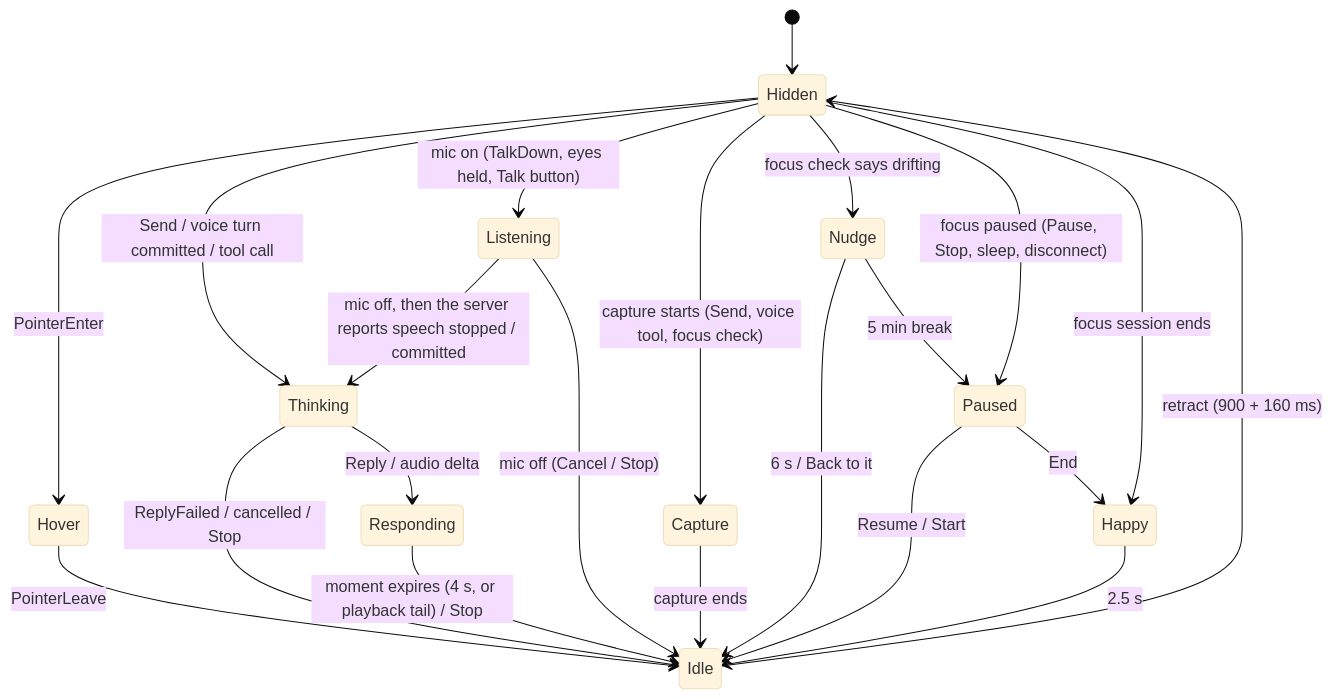
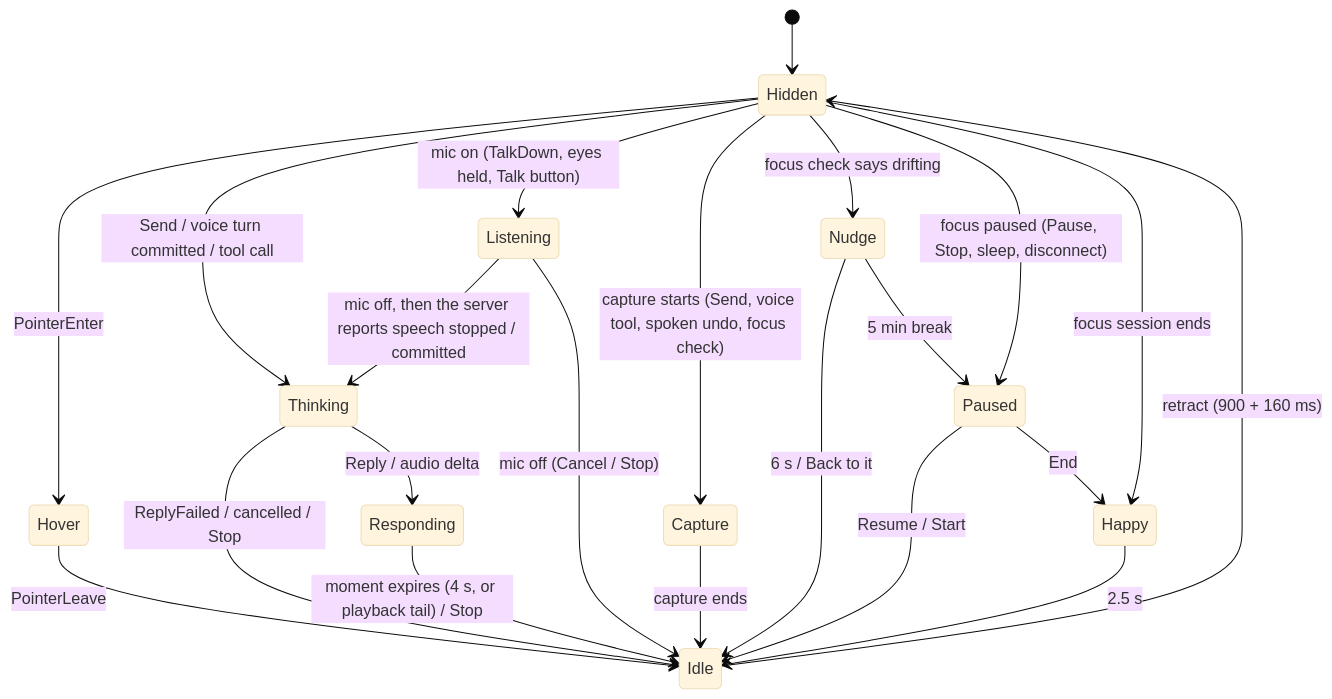
Before and after one commit to vikas53953/bluey: the third of 7 diagrams in docs/architecture/notch-lifecycle.md, drawn with Mermaid (base theme). The commit also changed other lines of this file and 2 other files, not shown here.

````diff
--- a/docs/architecture/notch-lifecycle.md
+++ b/docs/architecture/notch-lifecycle.md
@@ -133,24 +136,24 @@
 ```mermaid
 stateDiagram-v2
   [*] --> Hidden
   Hidden --> Hover: PointerEnter
   Hover --> Idle: PointerLeave
   Idle --> Hidden: retract (900 + 160 ms)
   Hidden --> Thinking: Send / voice turn committed / tool call
   Thinking --> Responding: Reply / audio delta
   Thinking --> Idle: ReplyFailed / cancelled / Stop
   Responding --> Idle: moment expires (4 s, or playback tail) / Stop
   Hidden --> Listening: mic on (TalkDown, eyes held, Talk button)
   Listening --> Thinking: mic off, then the server reports speech stopped / committed
   Listening --> Idle: mic off (Cancel / Stop)
-  Hidden --> Capture: capture starts (Send, voice tool, focus check)
+  Hidden --> Capture: capture starts (Send, voice tool, spoken undo, focus check)
   Capture --> Idle: capture ends
   Hidden --> Nudge: focus check says drifting
   Nudge --> Idle: 6 s / Back to it
   Nudge --> Paused: 5 min break
   Hidden --> Paused: focus paused (Pause, Stop, sleep, disconnect)
   Paused --> Idle: Resume / Start
   Paused --> Happy: End
   Hidden --> Happy: focus session ends
   Happy --> Idle: 2.5 s
 ```
````
